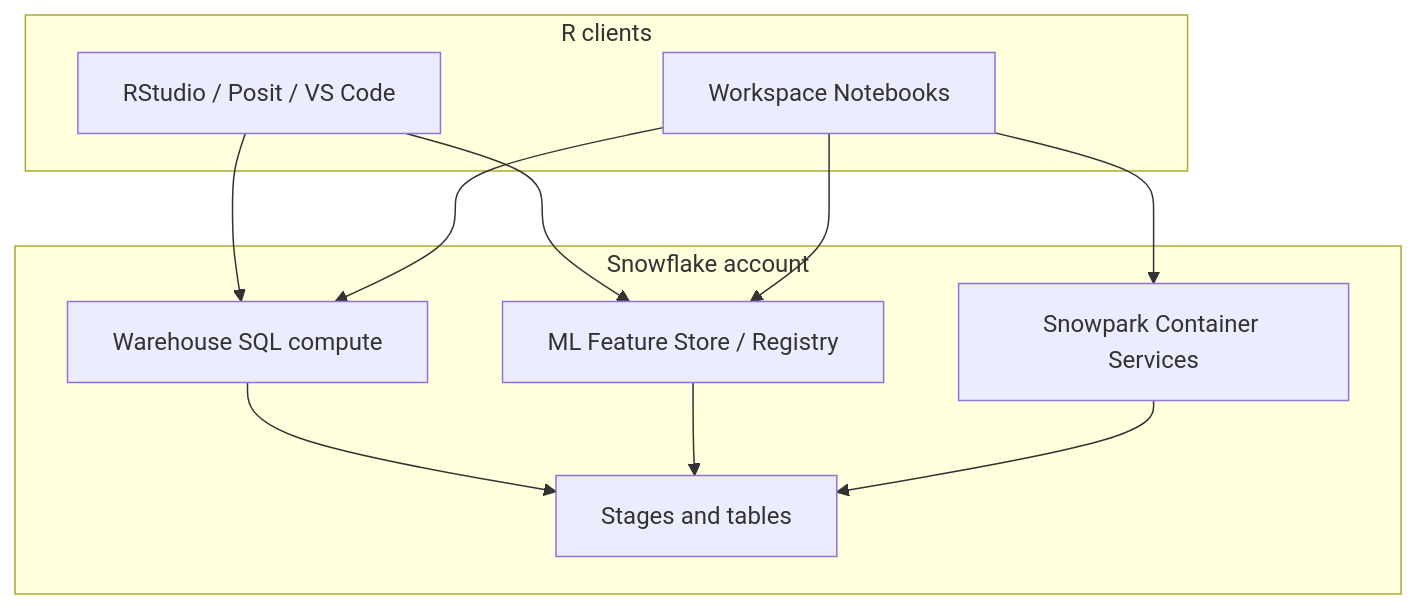
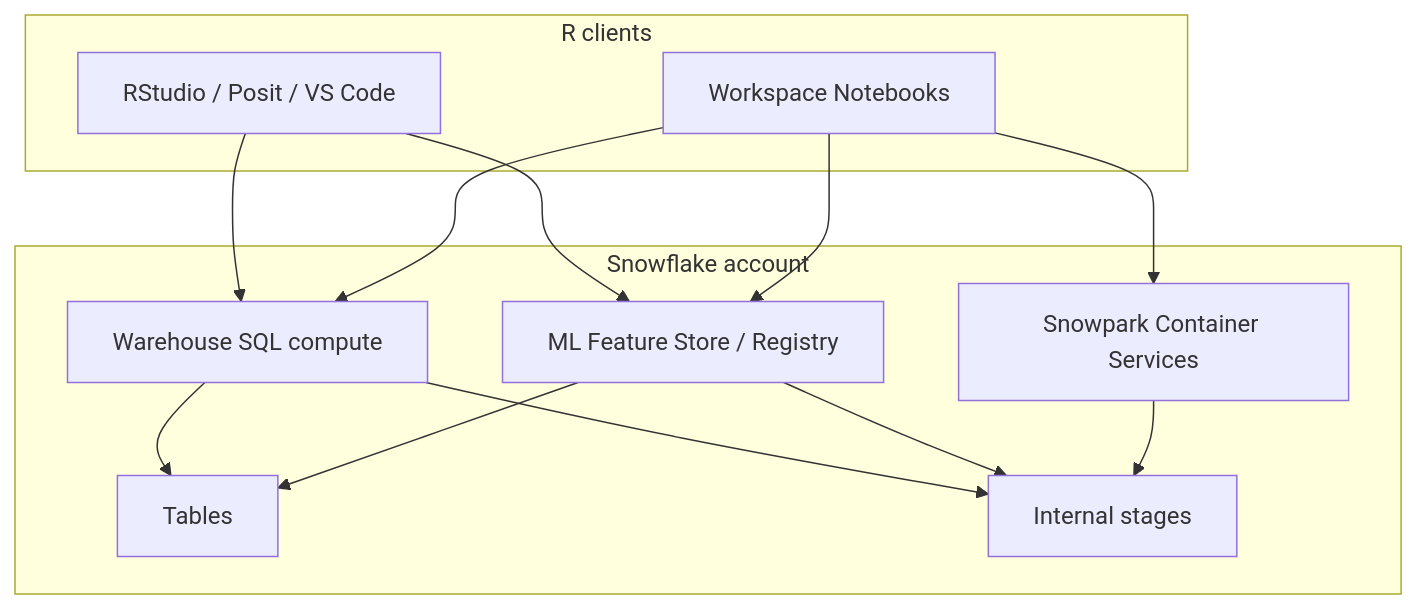
One commit to Snowflake-Labs/snowflakeR changed the diagram in guide/Hitchhikers_Guide_to_R_in_Snowflake/01_snowflake_platform/index.qmd. Above: the diagram before and after it, drawn with Mermaid. The commit also changed 4 other files, not shown here.

````diff
--- a/guide/Hitchhikers_Guide_to_R_in_Snowflake/01_snowflake_platform/index.qmd
+++ b/guide/Hitchhikers_Guide_to_R_in_Snowflake/01_snowflake_platform/index.qmd
@@ -36,21 +36,24 @@
 ```{mermaid}
 flowchart TB
   subgraph clients [R clients]
     IDE[RStudio / Posit / VS Code]
     WS[Workspace Notebooks]
   end
   subgraph sf [Snowflake account]
     WH[Warehouse SQL compute]
     SPCS[Snowpark Container Services]
     ML[ML Feature Store / Registry]
-    STG[Stages and tables]
+    TBL[Tables]
+    STG[Internal stages]
   end
   IDE --> WH
   IDE --> ML
   WS --> WH
   WS --> ML
   WS --> SPCS
+  WH --> TBL
   WH --> STG
+  ML --> TBL
   ML --> STG
   SPCS --> STG
 ```
````
